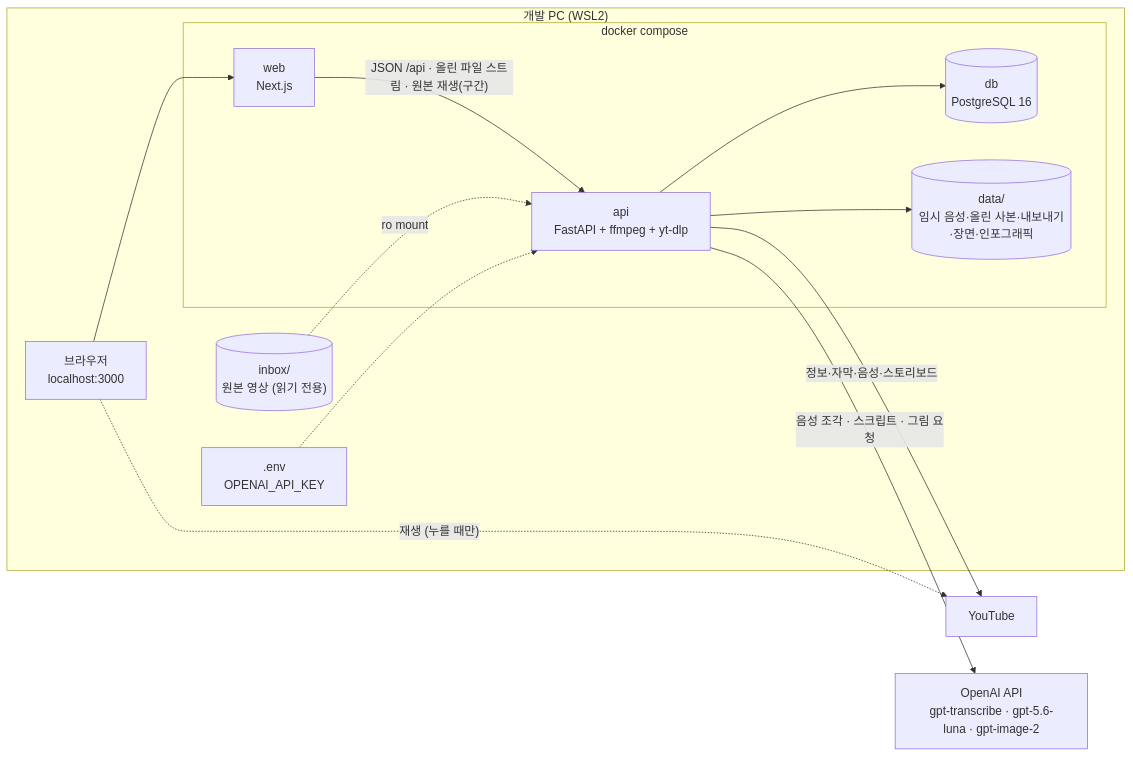
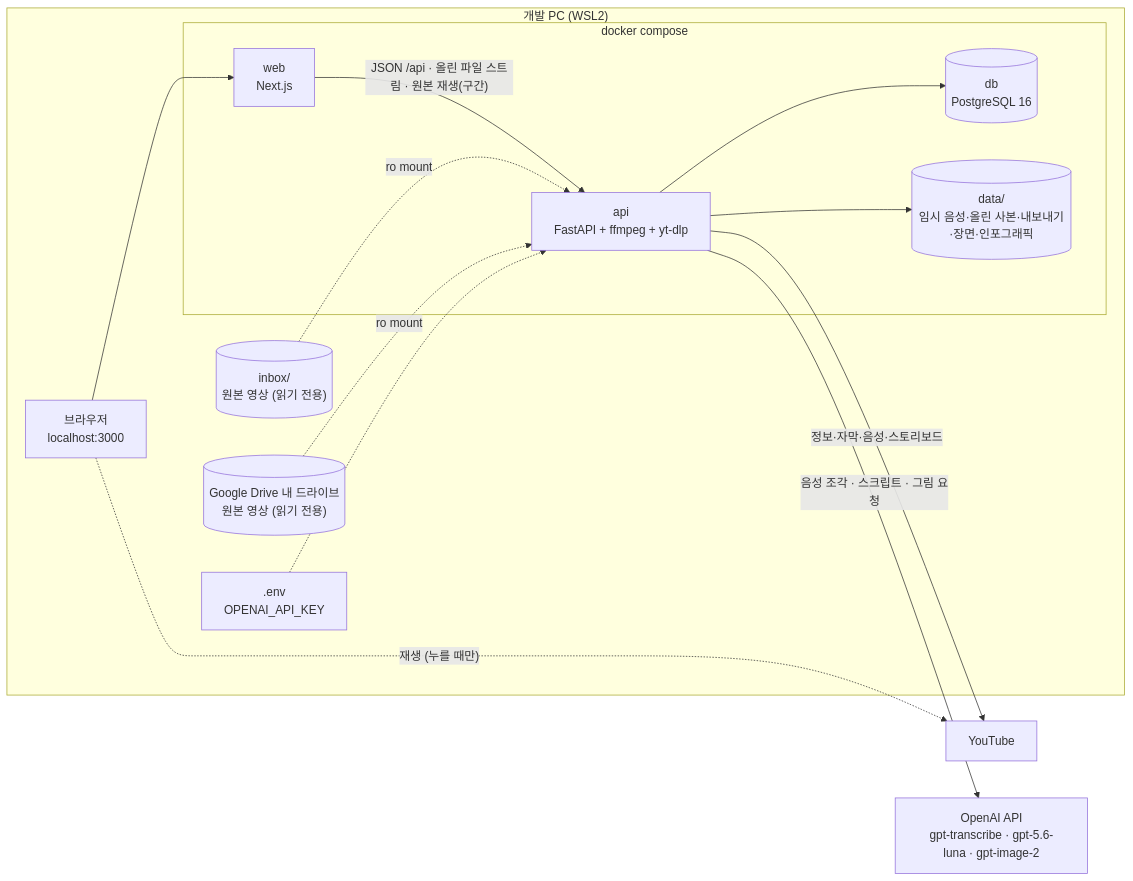
Before and after one commit to HoyoungParkme/video-agent: the diagram in docs/specs/05-INFRA/VA-INFRA-001.md, drawn with Mermaid. The commit also changed other lines of this file, not shown here.

Commit message:
Google Drive에서 고르기(R15) — 다섯 번째 캔버스 승인(사용자 2026-10-02): 새 C14 — 읽기 전용 연결 폴더 하나(DRIVE_HOST_DIR) · 경로 검사 · 읽기 속도와 지문(크기 + 앞뒤 16MB) · 재생 · Drive가 꺼짐, 구성도 · 6 · 8 · 9장

````diff
--- a/docs/specs/05-INFRA/VA-INFRA-001.md
+++ b/docs/specs/05-INFRA/VA-INFRA-001.md
@@ -126,26 +136,28 @@
 ```mermaid
 flowchart LR
   subgraph host["개발 PC (WSL2)"]
     browser["브라우저<br/>localhost:3000"]
     inbox[("inbox/<br/>원본 영상 (읽기 전용)")]
+    drive[("Google Drive 내 드라이브<br/>원본 영상 (읽기 전용)")]
     subgraph compose["docker compose"]
       web["web<br/>Next.js"]
       api["api<br/>FastAPI + ffmpeg + yt-dlp"]
       db[("db<br/>PostgreSQL 16")]
       data[("data/<br/>임시 음성·올린 사본·내보내기·장면·인포그래픽")]
     end
     env[".env<br/>OPENAI_API_KEY"]
   end
   yt["YouTube"]
   oai["OpenAI API<br/>gpt-transcribe · gpt-5.6-luna · gpt-image-2"]
 
   browser --> web
   web -->|"JSON /api · 올린 파일 스트림 · 원본 재생(구간)"| api
   api --> db
   api --> data
   inbox -.->|"ro mount"| api
+  drive -.->|"ro mount"| api
   env -.-> api
   api -->|"정보·자막·음성·스토리보드"| yt
   browser -.->|"재생 (누를 때만)"| yt
   api -->|"음성 조각 · 스크립트 · 그림 요청"| oai
 ```
````
